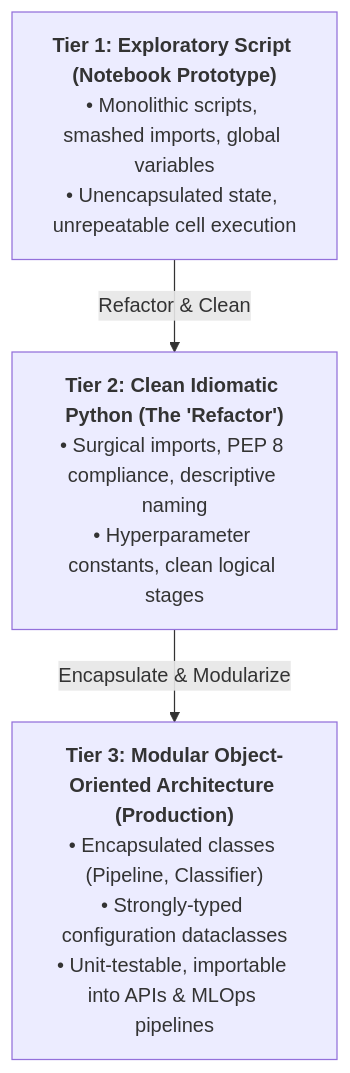
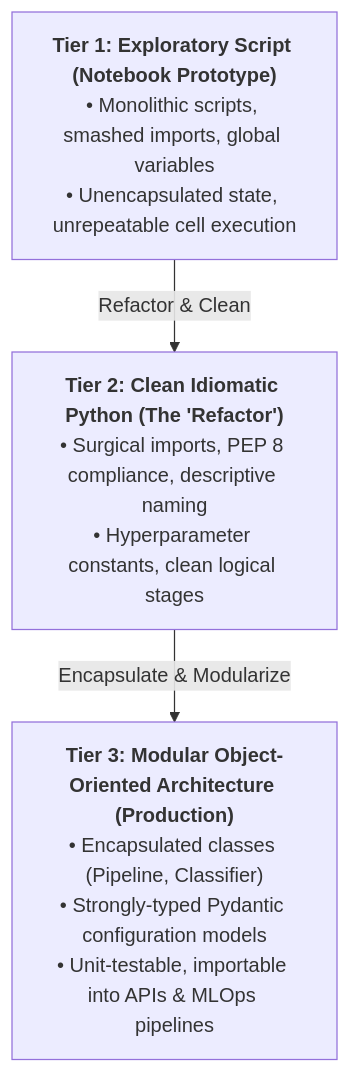
The first of 2 diagrams in posts/elegant-ai-code/index.md (amrabed/blog), drawn with Mermaid before and after one commit. The commit also changed other lines of this file, not shown here.

````diff
--- a/posts/elegant-ai-code/index.md
+++ b/posts/elegant-ai-code/index.md
@@ -125,9 +77,9 @@
 ```mermaid
 graph TD
     T1["<b>Tier 1: Exploratory Script (Notebook Prototype)</b><br/>• Monolithic scripts, smashed imports, global variables<br/>• Unencapsulated state, unrepeatable cell execution"]
     T2["<b>Tier 2: Clean Idiomatic Python (The 'Refactor')</b><br/>• Surgical imports, PEP 8 compliance, descriptive naming<br/>• Hyperparameter constants, clean logical stages"]
-    T3["<b>Tier 3: Modular Object-Oriented Architecture (Production)</b><br/>• Encapsulated classes (Pipeline, Classifier)<br/>• Strongly-typed configuration dataclasses<br/>• Unit-testable, importable into APIs & MLOps pipelines"]
+    T3["<b>Tier 3: Modular Object-Oriented Architecture (Production)</b><br/>• Encapsulated classes (Pipeline, Classifier)<br/>• Strongly-typed Pydantic configuration models<br/>• Unit-testable, importable into APIs & MLOps pipelines"]
 
     T1 -->|Refactor & Clean| T2
     T2 -->|Encapsulate & Modularize| T3
 ```
````
